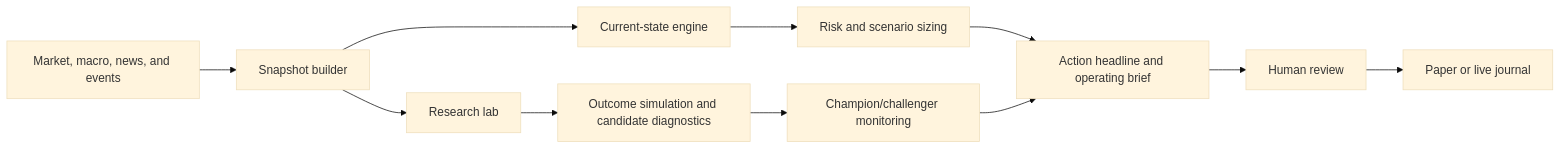
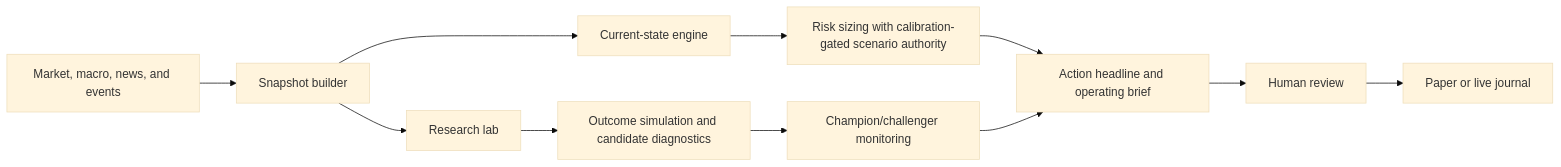
Before and after one commit to Jbultema/trade-bot: the first of 2 diagrams in README.md, drawn with Mermaid (base theme). The commit also changed other lines of this file and 163 other files, not shown here.

````diff
--- a/README.md
+++ b/README.md
@@ -62,13 +62,13 @@
 ```mermaid
 flowchart LR
     A[Market, macro, news, and events] --> B[Snapshot builder]
     B --> C[Current-state engine]
-    C --> D[Risk and scenario sizing]
+    C --> D[Risk sizing with calibration-gated scenario authority]
     D --> E[Action headline and operating brief]
     E --> F[Human review]
     F --> G[Paper or live journal]
     B --> H[Research lab]
     H --> I[Outcome simulation and candidate diagnostics]
     I --> J[Champion/challenger monitoring]
     J --> E
 ```
````
